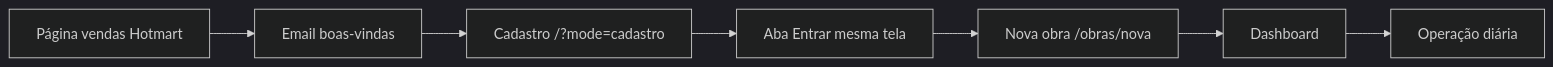
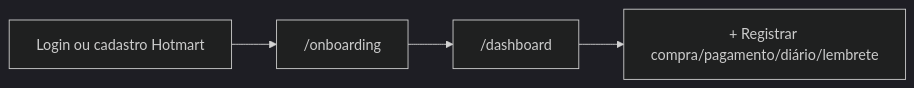
One commit to suporteobrioai-crypto/OBRIO changed the diagram in docs/PRODUCT.md. Above: the diagram before and after it, drawn with Mermaid (dark theme). The commit also changed other lines of this file and 15 other files, not shown here.

First line of the commit message:
docs: sync guides with Hotmart-only billing and current architecture.

````diff
--- a/docs/PRODUCT.md
+++ b/docs/PRODUCT.md
@@ -46,9 +44,6 @@
 ```mermaid
 flowchart LR
-  Vendas["Página vendas Hotmart"] --> Email["Email boas-vindas"]
-  Email --> Cadastro["Cadastro /?mode=cadastro"]
-  Cadastro --> Login["Aba Entrar mesma tela"]
-  Login --> NovaObra["Nova obra /obras/nova"]
-  NovaObra --> Dashboard["Dashboard"]
-  Dashboard --> Operacao["Operação diária"]
+  Login["Login ou cadastro Hotmart"] --> Onboard["/onboarding"]
+  Onboard --> Dashboard["/dashboard"]
+  Dashboard --> Captura["+ Registrar compra/pagamento/diário/lembrete"]
 ```
````
